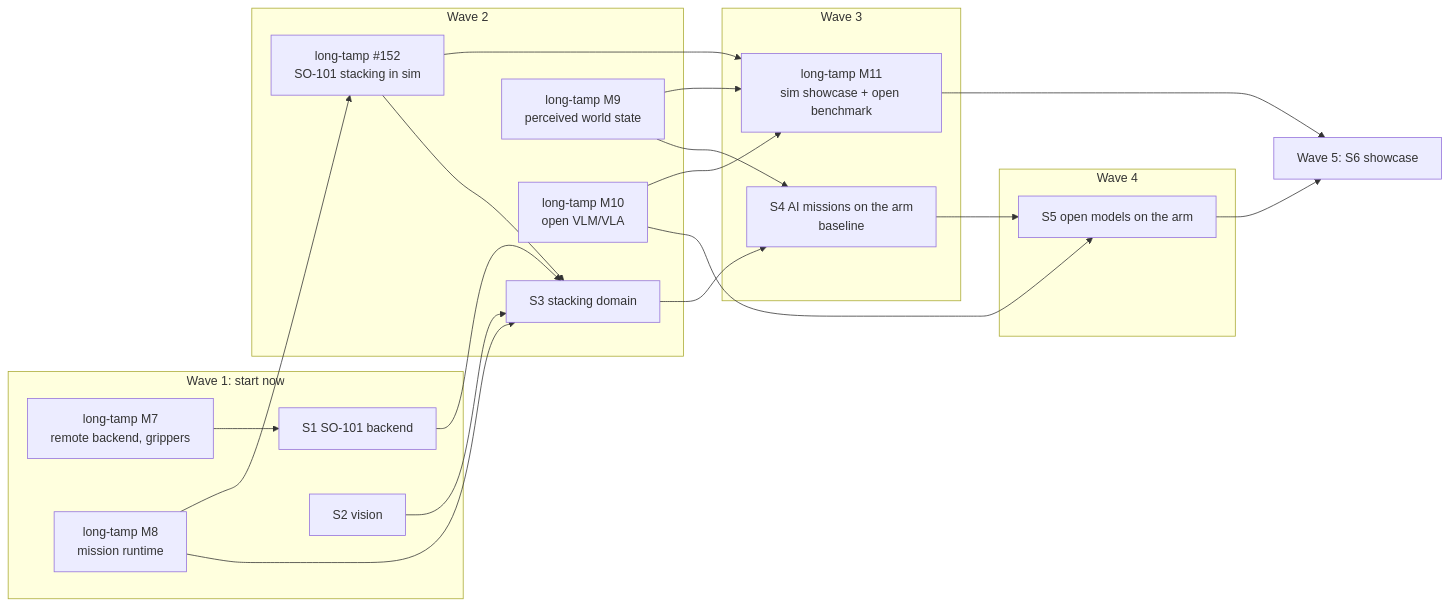
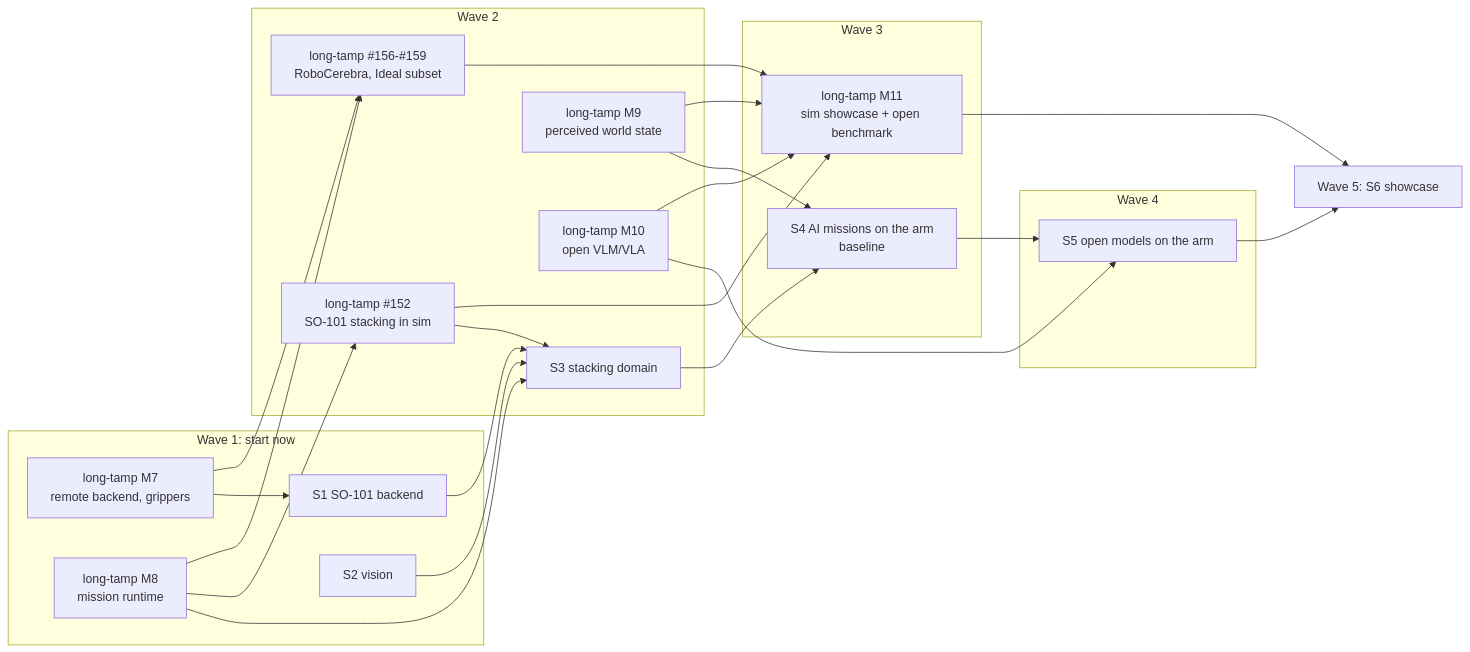
One commit to thanhndv212/soarm_tamp changed the diagram in docs/roadmap.md. Above: the diagram before and after it, drawn with Mermaid. The commit also changed other lines of this file, not shown here.

First line of the commit message:
docs(roadmap): RoboCerebra track in the delivery plan

````diff
--- a/docs/roadmap.md
+++ b/docs/roadmap.md
@@ -88,38 +90,42 @@
 ```mermaid
 flowchart LR
   subgraph W1[Wave 1: start now]
     M7[long-tamp M7<br/>remote backend, grippers]
     S1[S1 SO-101 backend]
     S2[S2 vision]
     M8[long-tamp M8<br/>mission runtime]
   end
   subgraph W2[Wave 2]
     S3[S3 stacking domain]
     M9[long-tamp M9<br/>perceived world state]
     M10[long-tamp M10<br/>open VLM/VLA]
     SIM[long-tamp #152<br/>SO-101 stacking in sim]
+    RC[long-tamp #156-#159<br/>RoboCerebra, Ideal subset]
   end
   subgraph W3[Wave 3]
     S4[S4 AI missions on the arm<br/>baseline]
     M11[long-tamp M11<br/>sim showcase + open benchmark]
   end
   subgraph W4[Wave 4]
     S5[S5 open models on the arm]
   end
   S6[Wave 5: S6 showcase]
   M7 --> S1
   M8 --> S3
   S1 --> S3
   S2 --> S3
   M9 --> S4
   S3 --> S4
   S4 --> S5
   M10 --> S5
   M9 --> M11
   M10 --> M11
   M8 --> SIM
   SIM --> S3
   SIM --> M11
+  M7 --> RC
+  M8 --> RC
+  RC --> M11
   M11 --> S6
   S5 --> S6
 ```
````
